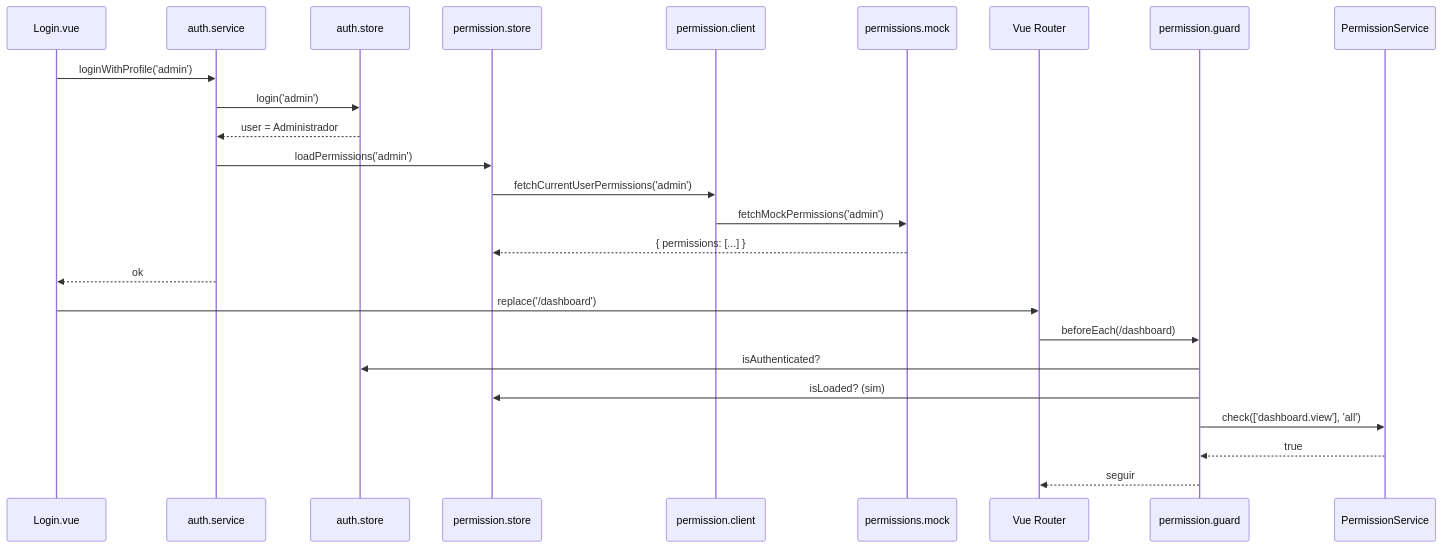
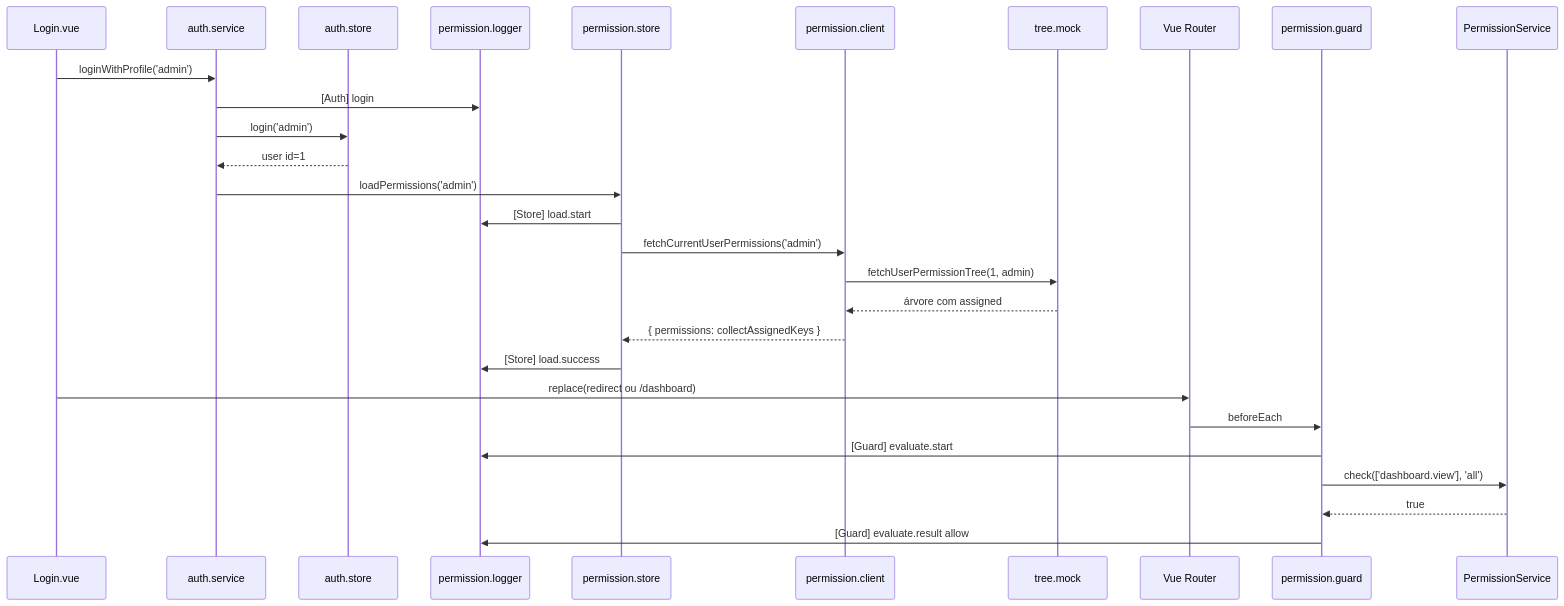
One commit to danieloliveira-ip4y/pbac-poc changed the second of 2 diagrams in docs/ARQUITETURA.md. Above: the diagram before and after it, drawn with Mermaid. The commit also changed other lines of this file and 6 other files, not shown here.

First line of the commit message:
Document each permission layer and expand PoC and PBAC.

````diff
--- a/docs/ARQUITETURA.md
+++ b/docs/ARQUITETURA.md
@@ -315,28 +565,31 @@
 ```mermaid
 sequenceDiagram
   participant U as Login.vue
   participant AS as auth.service
   participant Auth as auth.store
+  participant L as permission.logger
   participant PS as permission.store
   participant API as permission.client
-  participant Mock as permissions.mock
+  participant Tree as tree.mock
   participant R as Vue Router
   participant G as permission.guard
   participant S as PermissionService
 
   U->>AS: loginWithProfile('admin')
+  AS->>L: [Auth] login
   AS->>Auth: login('admin')
-  Auth-->>AS: user = Administrador
+  Auth-->>AS: user id=1
   AS->>PS: loadPermissions('admin')
+  PS->>L: [Store] load.start
   PS->>API: fetchCurrentUserPermissions('admin')
-  API->>Mock: fetchMockPermissions('admin')
-  Mock-->>PS: { permissions: [...] }
-  AS-->>U: ok
-  U->>R: replace('/dashboard')
-  R->>G: beforeEach(/dashboard)
-  G->>Auth: isAuthenticated?
-  G->>PS: isLoaded? (sim)
+  API->>Tree: fetchUserPermissionTree(1, admin)
+  Tree-->>API: árvore com assigned
+  API-->>PS: { permissions: collectAssignedKeys }
+  PS->>L: [Store] load.success
+  U->>R: replace(redirect ou /dashboard)
+  R->>G: beforeEach
+  G->>L: [Guard] evaluate.start
   G->>S: check(['dashboard.view'], 'all')
   S-->>G: true
-  G-->>R: seguir
+  G->>L: [Guard] evaluate.result allow
 ```
````
